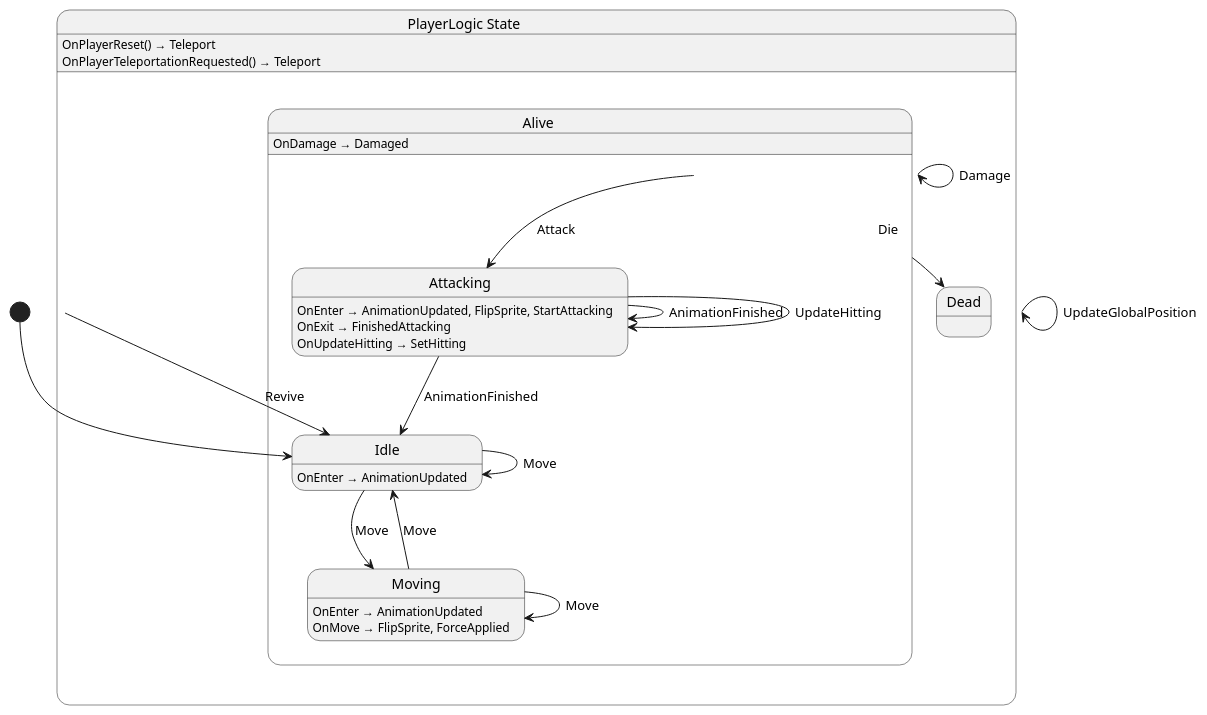
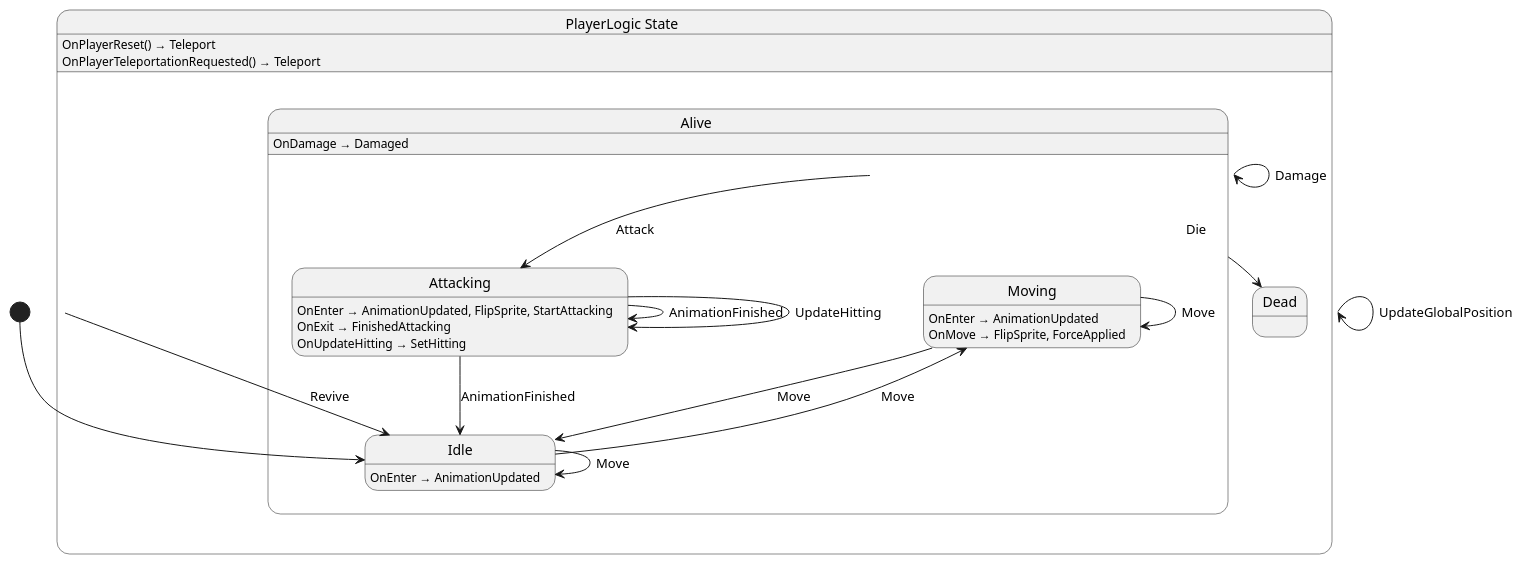
The diagram in src/player/state/PlayerLogic.g.puml (nilsiker/godot-wild-jam-77), drawn with PlantUML before and after one commit. The commit also changed other lines of this file and 66 other files, not shown here.

```diff
--- a/src/player/state/PlayerLogic.g.puml
+++ b/src/player/state/PlayerLogic.g.puml
@@ -1,35 +1,35 @@
 @startuml PlayerLogic
 state "PlayerLogic State" as Woodblight_PlayerLogic_State {
   state "Alive" as Woodblight_PlayerLogic_State_Alive {
+    state "Moving" as Woodblight_PlayerLogic_State_Alive_Moving
     state "Attacking" as Woodblight_PlayerLogic_State_Alive_Attacking
     state "Idle" as Woodblight_PlayerLogic_State_Alive_Idle
-    state "Moving" as Woodblight_PlayerLogic_State_Alive_Moving
   }
   state "Dead" as Woodblight_PlayerLogic_State_Dead
 }
 
 Woodblight_PlayerLogic_State --> Woodblight_PlayerLogic_State : UpdateGlobalPosition
 Woodblight_PlayerLogic_State --> Woodblight_PlayerLogic_State_Alive_Idle : Revive
 Woodblight_PlayerLogic_State_Alive --> Woodblight_PlayerLogic_State_Alive : Damage
 Woodblight_PlayerLogic_State_Alive --> Woodblight_PlayerLogic_State_Alive_Attacking : Attack
 Woodblight_PlayerLogic_State_Alive --> Woodblight_PlayerLogic_State_Dead : Die
 Woodblight_PlayerLogic_State_Alive_Attacking --> Woodblight_PlayerLogic_State_Alive_Attacking : AnimationFinished
 Woodblight_PlayerLogic_State_Alive_Attacking --> Woodblight_PlayerLogic_State_Alive_Attacking : UpdateHitting
 Woodblight_PlayerLogic_State_Alive_Attacking --> Woodblight_PlayerLogic_State_Alive_Idle : AnimationFinished
 Woodblight_PlayerLogic_State_Alive_Idle --> Woodblight_PlayerLogic_State_Alive_Idle : Move
 Woodblight_PlayerLogic_State_Alive_Idle --> Woodblight_PlayerLogic_State_Alive_Moving : Move
 Woodblight_PlayerLogic_State_Alive_Moving --> Woodblight_PlayerLogic_State_Alive_Idle : Move
 Woodblight_PlayerLogic_State_Alive_Moving --> Woodblight_PlayerLogic_State_Alive_Moving : Move
 
 Woodblight_PlayerLogic_State : OnPlayerReset() → Teleport
 Woodblight_PlayerLogic_State : OnPlayerTeleportationRequested() → Teleport
 Woodblight_PlayerLogic_State_Alive : OnDamage → Damaged
 Woodblight_PlayerLogic_State_Alive_Attacking : OnEnter → AnimationUpdated, FlipSprite, StartAttacking
 Woodblight_PlayerLogic_State_Alive_Attacking : OnExit → FinishedAttacking
 Woodblight_PlayerLogic_State_Alive_Attacking : OnUpdateHitting → SetHitting
 Woodblight_PlayerLogic_State_Alive_Idle : OnEnter → AnimationUpdated
 Woodblight_PlayerLogic_State_Alive_Moving : OnEnter → AnimationUpdated
 Woodblight_PlayerLogic_State_Alive_Moving : OnMove → FlipSprite, ForceApplied
 
 [*] --> Woodblight_PlayerLogic_State_Alive_Idle
 @enduml
```
